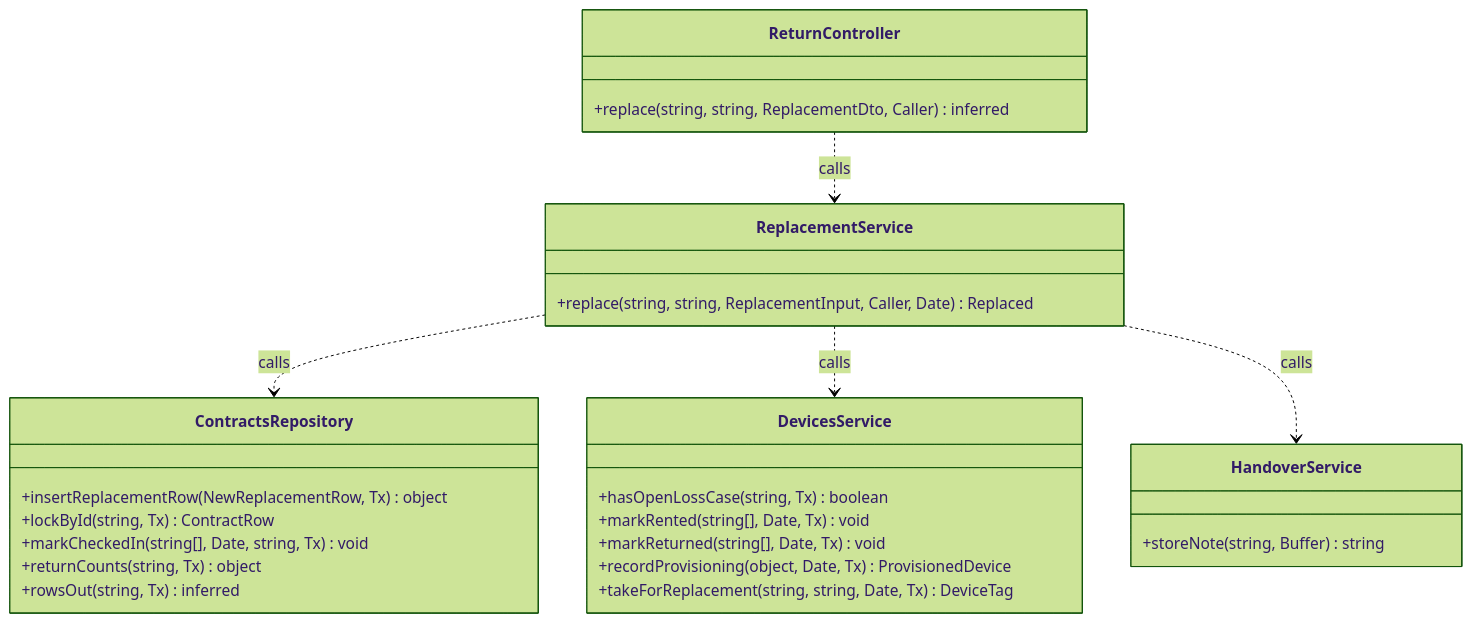
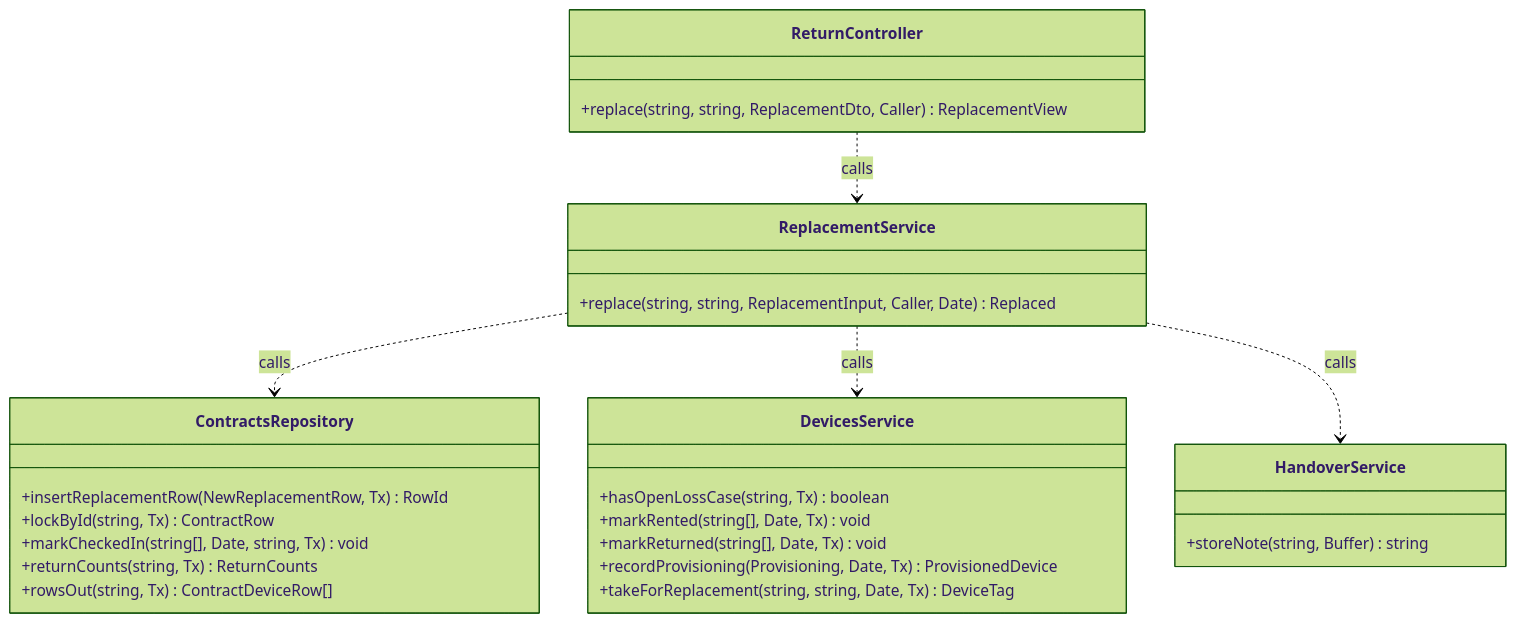
Before and after one commit to TrekLink-Team/treklink-web: diagram 13 of 29 in specs/rentals/design.md, drawn with Mermaid (forest theme). The commit also changed other lines of this file and 2 other files, not shown here.

First line of the commit message:
docs: UC-24 renewal only, no opt blocks, named return types (review of #113)

````diff
--- a/specs/rentals/design.md
+++ b/specs/rentals/design.md
@@ -493,31 +493,31 @@
 ```mermaid
 classDiagram
     direction TB
     class ReturnController {
-        +replace(string, string, ReplacementDto, Caller) inferred
+        +replace(string, string, ReplacementDto, Caller) ReplacementView
     }
     class ReplacementService {
         +replace(string, string, ReplacementInput, Caller, Date) Replaced
     }
     class HandoverService {
         +storeNote(string, Buffer) string
     }
     class DevicesService {
         +hasOpenLossCase(string, Tx) boolean
         +markRented(string[], Date, Tx) void
         +markReturned(string[], Date, Tx) void
-        +recordProvisioning(object, Date, Tx) ProvisionedDevice
+        +recordProvisioning(Provisioning, Date, Tx) ProvisionedDevice
         +takeForReplacement(string, string, Date, Tx) DeviceTag
     }
     class ContractsRepository {
-        +insertReplacementRow(NewReplacementRow, Tx) object
+        +insertReplacementRow(NewReplacementRow, Tx) RowId
         +lockById(string, Tx) ContractRow
         +markCheckedIn(string[], Date, string, Tx) void
-        +returnCounts(string, Tx) object
-        +rowsOut(string, Tx) inferred
+        +returnCounts(string, Tx) ReturnCounts
+        +rowsOut(string, Tx) ContractDeviceRow[]
     }
     ReplacementService ..> ContractsRepository : calls
     ReplacementService ..> DevicesService : calls
     ReplacementService ..> HandoverService : calls
     ReturnController ..> ReplacementService : calls
 ```
````
